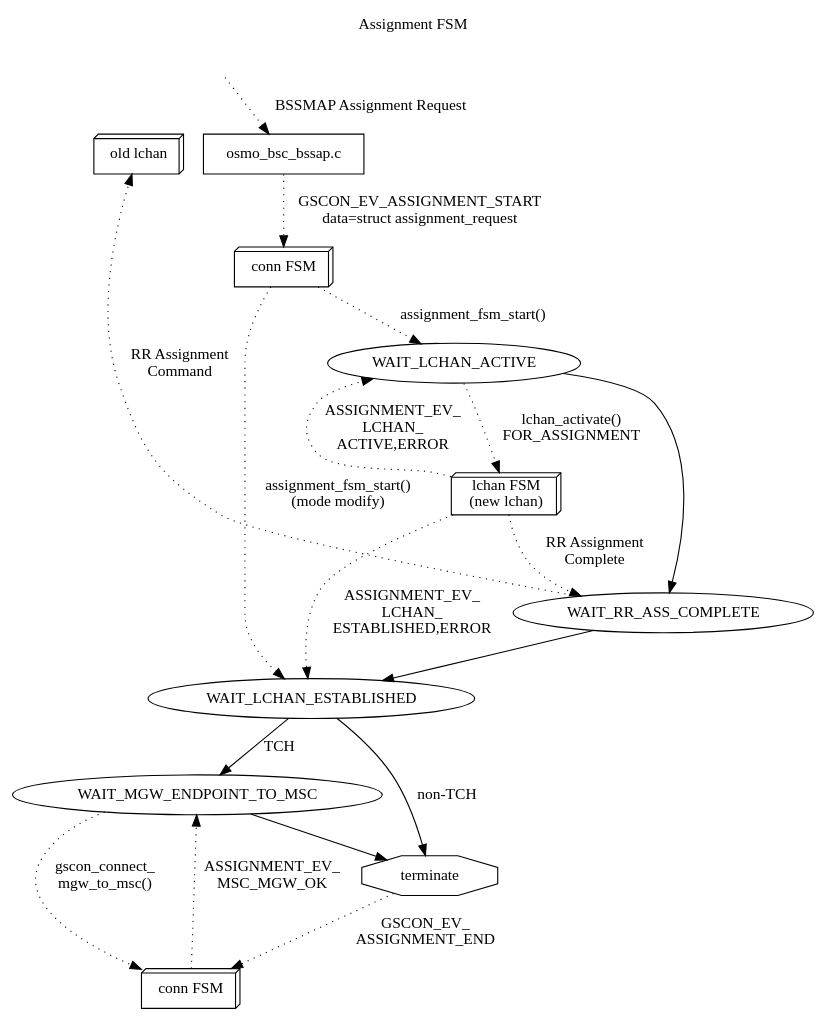
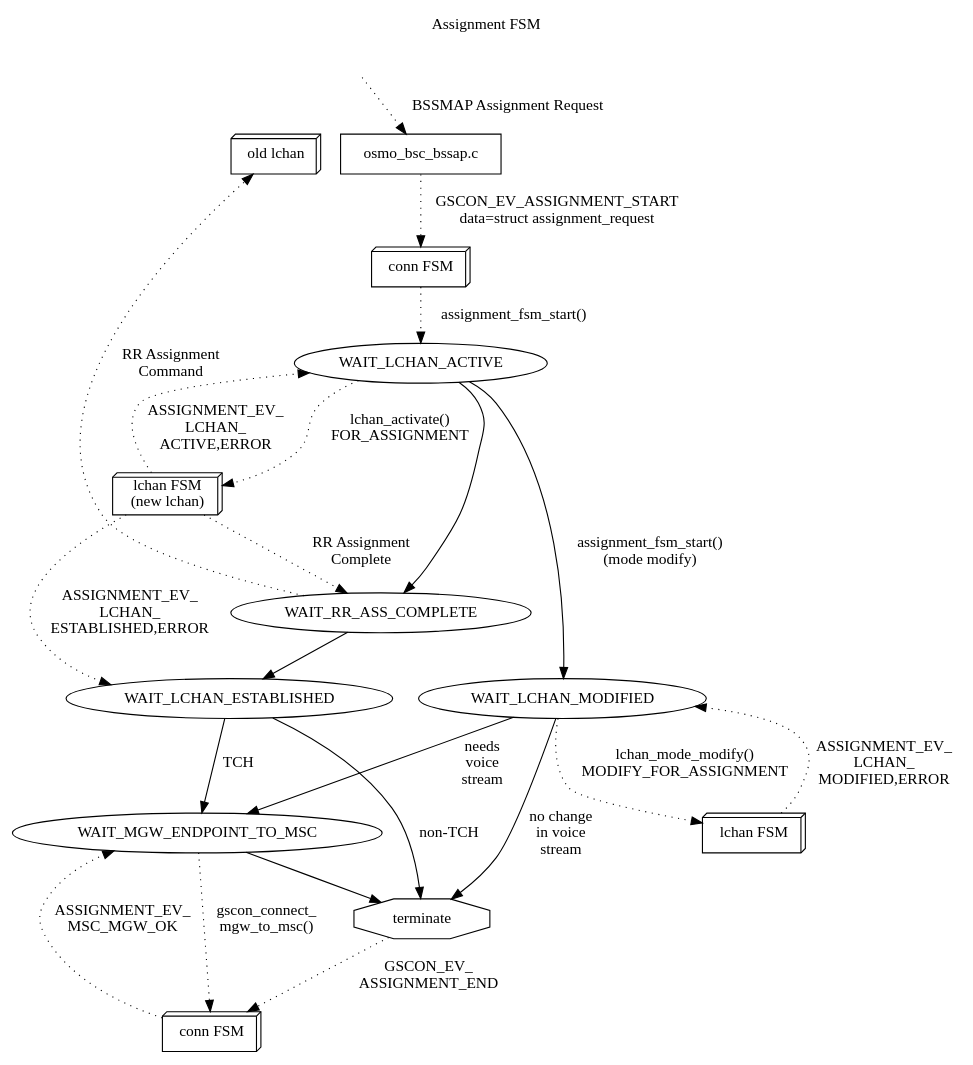
Before and after one commit to osmocom/osmo-bsc: the diagram in doc/assignment-fsm.dot, drawn with Graphviz. The commit also changed 6 other files, not shown here.

```diff
--- a/doc/assignment-fsm.dot
+++ b/doc/assignment-fsm.dot
@@ -1,43 +1,49 @@
 digraph G {
 rankdir=TB
 labelloc=t; label="Assignment FSM"
 	
 	WAIT_LCHAN_ACTIVE
 	WAIT_RR_ASS_COMPLETE
 	WAIT_LCHAN_ESTABLISHED
 	WAIT_MGW_ENDPOINT_TO_MSC
 	terminate [shape=octagon]
 	
 	gscon [label="conn FSM",shape=box3d]
 	gscon2 [label="conn FSM",shape=box3d]
 	lchan [label="lchan FSM\n(new lchan)",shape=box3d]
 	old_lchan [label="old lchan",shape=box3d]
+	lchan2 [label="lchan FSM",shape=box3d]
 
 	bssap [label="osmo_bsc_bssap.c",shape=box]
 
 	invisible [style="invisible"]
 	invisible -> bssap [label="BSSMAP Assignment Request",style=dotted]
 	invisible -> old_lchan [style=invisible,arrowhead=none]
 
 	bssap -> gscon [label="GSCON_EV_ASSIGNMENT_START\ndata=struct assignment_request",style=dotted]
 
 	gscon -> WAIT_LCHAN_ACTIVE [label="assignment_fsm_start()",style=dotted]
-	gscon -> WAIT_LCHAN_ESTABLISHED [label="assignment_fsm_start()\n(mode modify)",style=dotted]
-        WAIT_LCHAN_ACTIVE -> lchan [label="lchan_activate()\nFOR_ASSIGNMENT",style=dotted]
+	WAIT_LCHAN_ACTIVE -> lchan [label="lchan_activate()\nFOR_ASSIGNMENT",style=dotted]
 	lchan -> WAIT_LCHAN_ACTIVE [label="ASSIGNMENT_EV_\nLCHAN_\nACTIVE,ERROR",style=dotted]
 	lchan -> WAIT_LCHAN_ESTABLISHED [label="ASSIGNMENT_EV_\nLCHAN_\nESTABLISHED,ERROR",style=dotted]
 
 	WAIT_LCHAN_ACTIVE -> WAIT_RR_ASS_COMPLETE
 
 	WAIT_RR_ASS_COMPLETE -> old_lchan [label="RR Assignment\nCommand",style=dotted,constraint=false]
 	lchan -> WAIT_RR_ASS_COMPLETE [label="RR Assignment\nComplete",style=dotted]
 
 	WAIT_RR_ASS_COMPLETE -> WAIT_LCHAN_ESTABLISHED
 
 	WAIT_LCHAN_ESTABLISHED -> WAIT_MGW_ENDPOINT_TO_MSC [label="TCH"]
 	WAIT_LCHAN_ESTABLISHED -> terminate [label="non-TCH"]
 	WAIT_MGW_ENDPOINT_TO_MSC -> terminate
 	WAIT_MGW_ENDPOINT_TO_MSC -> gscon2 [label="gscon_connect_\nmgw_to_msc()",style=dotted]
 	gscon2 -> WAIT_MGW_ENDPOINT_TO_MSC [label="ASSIGNMENT_EV_\nMSC_MGW_OK",style=dotted]
 	terminate -> gscon2 [label="GSCON_EV_\nASSIGNMENT_END",style=dotted]
+
+	WAIT_LCHAN_ACTIVE -> WAIT_LCHAN_MODIFIED [label="assignment_fsm_start()\n(mode modify)"]
+	WAIT_LCHAN_MODIFIED -> lchan2 [label="lchan_mode_modify()\nMODIFY_FOR_ASSIGNMENT",style=dotted]
+	lchan2 -> WAIT_LCHAN_MODIFIED [label="ASSIGNMENT_EV_\nLCHAN_\nMODIFIED,ERROR",style=dotted]
+	WAIT_LCHAN_MODIFIED -> WAIT_MGW_ENDPOINT_TO_MSC [label="needs\nvoice\nstream"]
+	WAIT_LCHAN_MODIFIED -> terminate [label="no change\nin voice\nstream"]
 }
```
